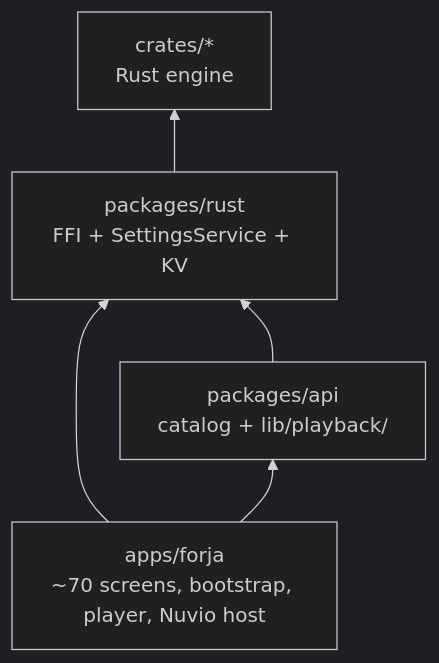
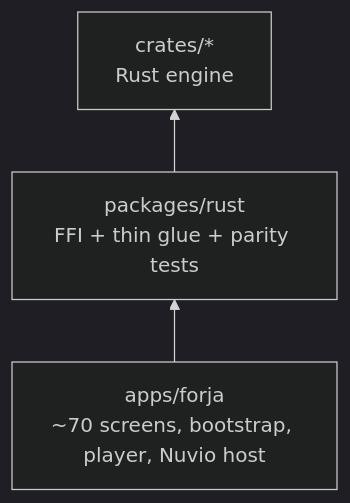
The first of 2 diagrams in docs/INVENTORY.md (mGhassen/Forja), drawn with Mermaid (dark theme) before and after one commit. The commit also changed other lines of this file and 96 other files, not shown here.

````diff
--- a/docs/INVENTORY.md
+++ b/docs/INVENTORY.md
@@ -17,11 +17,9 @@
 ```mermaid
 flowchart BT
   app["apps/forja\n~70 screens, bootstrap, player, Nuvio host"]
-  api["packages/api\ncatalog + lib/playback/"]
-  rustPkg["packages/rust\nFFI + SettingsService + KV"]
+  rustPkg["packages/rust\nFFI + thin glue + parity tests"]
   crates["crates/*\nRust engine"]
 
-  app --> api & rustPkg
-  api --> rustPkg
+  app --> rustPkg
   rustPkg --> crates
 ```
````
